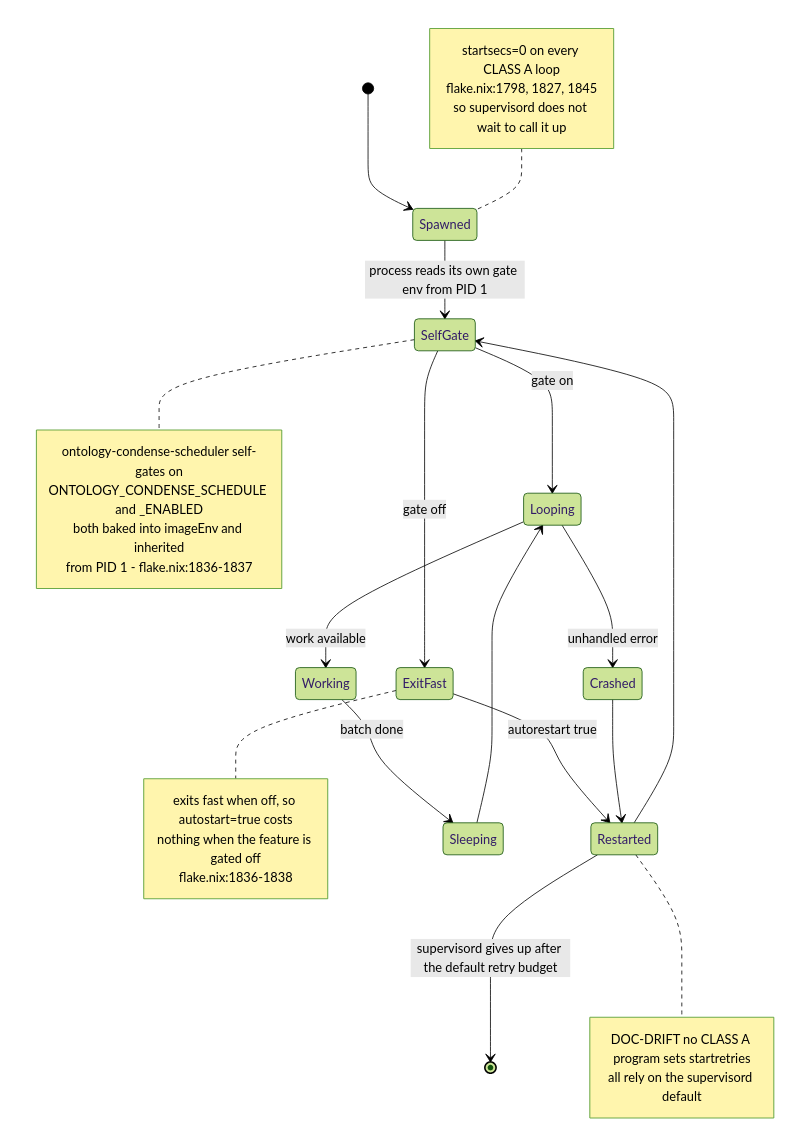
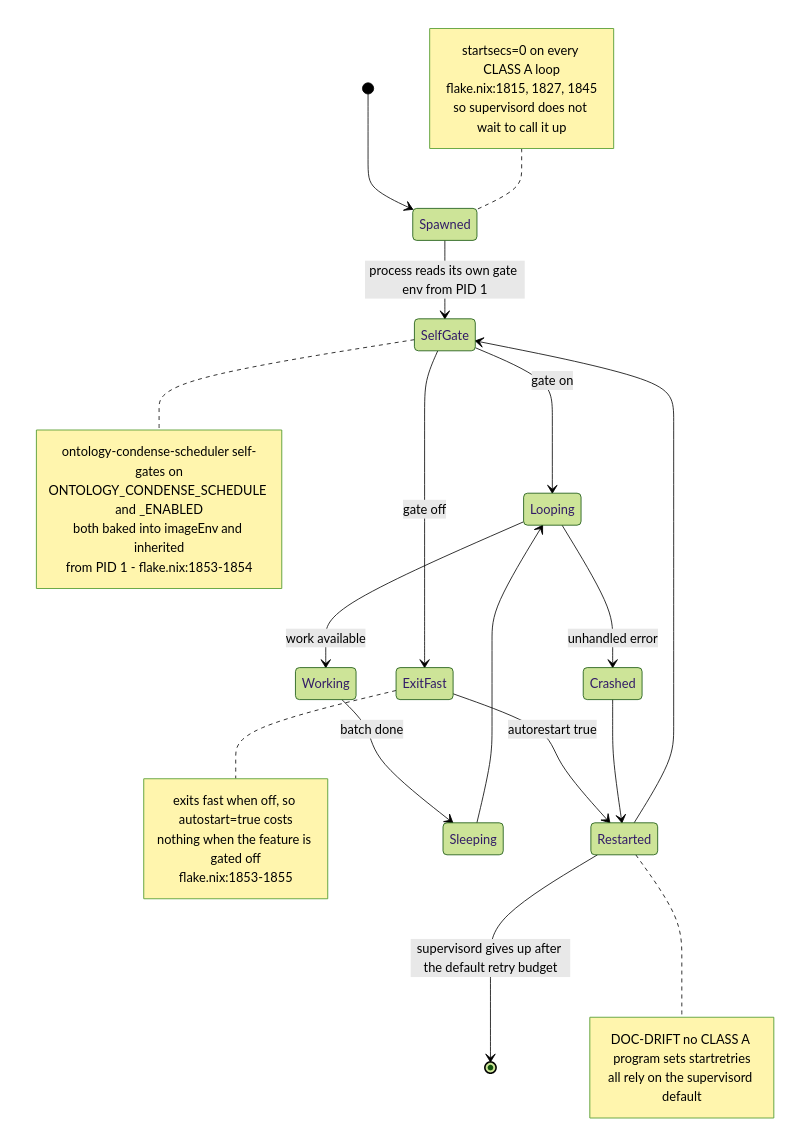
The second of 9 diagrams in docs/diagrams/agentbox/07-daemons-reapers-cron-backups.md (DreamLab-AI/AR-AI-Knowledge-Graph), drawn with Mermaid (forest theme) before and after one commit. The commit also changed other lines of this file and 73 other files, not shown here.

First line of the commit message:
docs(diagrams): re-verify all 71 topic files against HEAD; add --cite-check

````diff
--- a/docs/diagrams/agentbox/07-daemons-reapers-cron-backups.md
+++ b/docs/diagrams/agentbox/07-daemons-reapers-cron-backups.md
@@ -46,36 +46,36 @@
 ```mermaid
 stateDiagram-v2
     [*] --> Spawned
     Spawned --> SelfGate: process reads its own gate env from PID 1
     SelfGate --> ExitFast: gate off
     SelfGate --> Looping: gate on
     ExitFast --> Restarted: autorestart true
     Restarted --> SelfGate
     Looping --> Working: work available
     Working --> Sleeping: batch done
     Sleeping --> Looping
     Looping --> Crashed: unhandled error
     Crashed --> Restarted
     Restarted --> [*]: supervisord gives up after the default retry budget
 
     note right of SelfGate
         ontology-condense-scheduler self-gates on
         ONTOLOGY_CONDENSE_SCHEDULE and _ENABLED
         both baked into imageEnv and inherited
-        from PID 1 - flake.nix:1836-1837
+        from PID 1 - flake.nix:1853-1854
     end note
     note right of ExitFast
         exits fast when off, so autostart=true costs
         nothing when the feature is gated off
-        flake.nix:1836-1838
+        flake.nix:1853-1855
     end note
     note left of Spawned
         startsecs=0 on every CLASS A loop
-        flake.nix:1798, 1827, 1845
+        flake.nix:1815, 1827, 1845
         so supervisord does not wait to call it up
     end note
     note right of Restarted
         DOC-DRIFT no CLASS A program sets startretries
         all rely on the supervisord default
     end note
 ```
````
